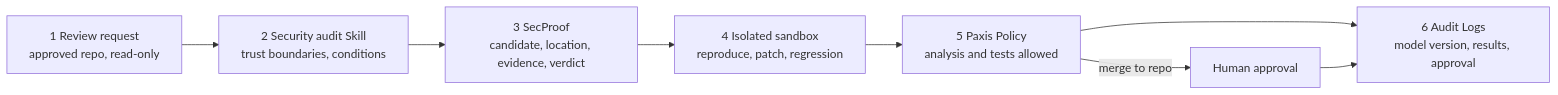
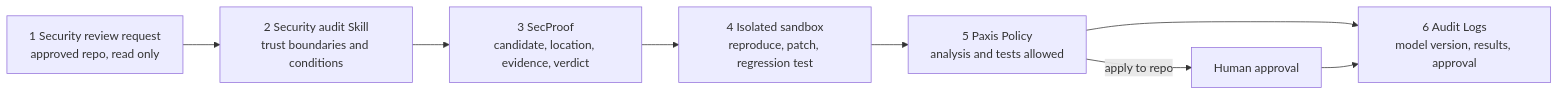
One commit to ThakiCloud/thakicloud.github.io changed the diagram in _posts/en/agentops/2026-10-25-secproof-2b-paxis-security-agent.md. Above: the diagram before and after it, drawn with Mermaid. The commit also changed other lines of this file and 1 other file, not shown here.

````diff
--- a/_posts/en/agentops/2026-10-25-secproof-2b-paxis-security-agent.md
+++ b/_posts/en/agentops/2026-10-25-secproof-2b-paxis-security-agent.md
@@ -88,10 +88,10 @@
 ```mermaid
 flowchart LR
-  A["1 Review request<br/>approved repo, read-only"] --> B["2 Security audit Skill<br/>trust boundaries, conditions"]
+  A["1 Security review request<br/>approved repo, read only"] --> B["2 Security audit Skill<br/>trust boundaries and conditions"]
   B --> C["3 SecProof<br/>candidate, location, evidence, verdict"]
-  C --> D["4 Isolated sandbox<br/>reproduce, patch, regression"]
+  C --> D["4 Isolated sandbox<br/>reproduce, patch, regression test"]
   D --> E["5 Paxis Policy<br/>analysis and tests allowed"]
-  E -->|"merge to repo"| F["Human approval"]
+  E -->|"apply to repo"| F["Human approval"]
   E --> G["6 Audit Logs<br/>model version, results, approval"]
   F --> G
 ```
````
